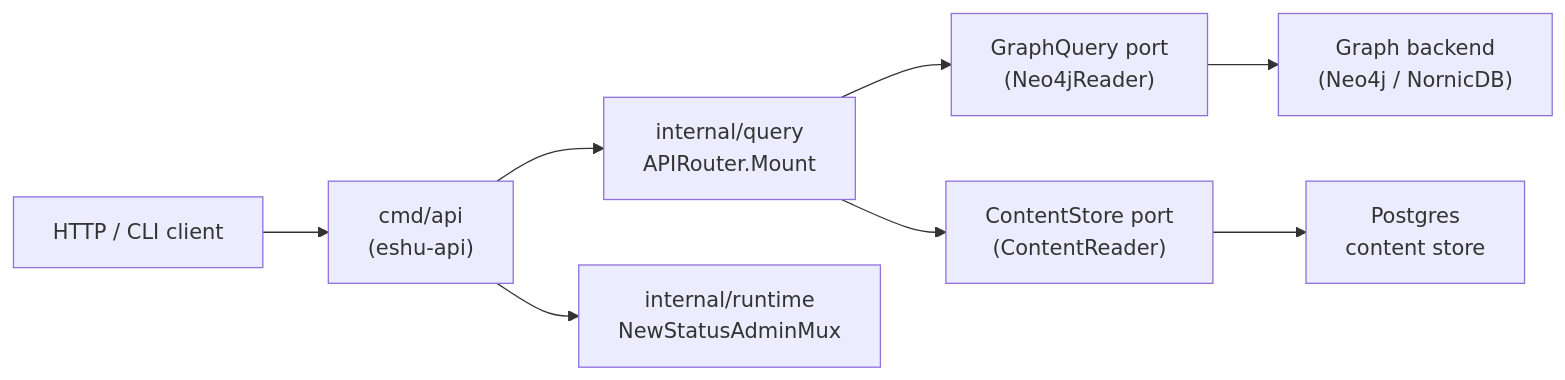
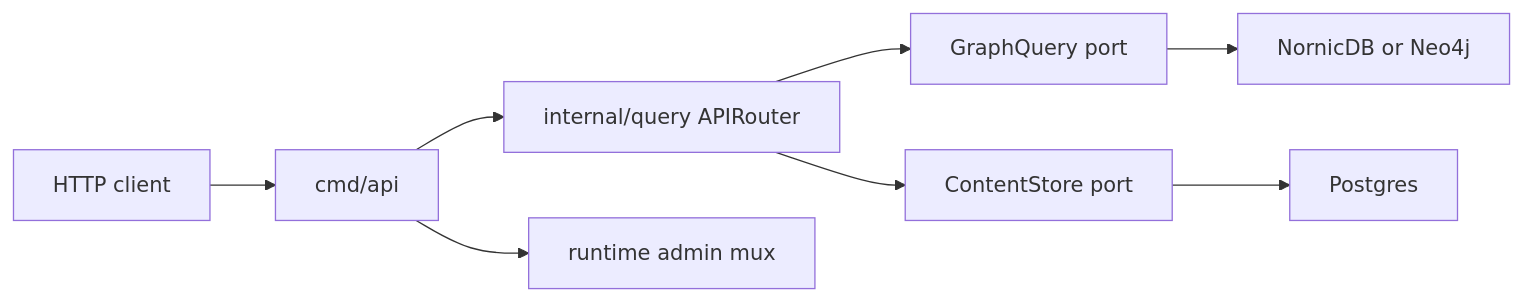
Before and after one commit to eshu-hq/eshu: the diagram in go/cmd/api/README.md, drawn with Mermaid. The commit also changed other lines of this file and 29 other files, not shown here.

````diff
--- a/go/cmd/api/README.md
+++ b/go/cmd/api/README.md
@@ -13,10 +17,10 @@
 ```mermaid
 flowchart LR
-  Client["HTTP / CLI client"] --> API["cmd/api\n(eshu-api)"]
-  API --> QH["internal/query\nAPIRouter.Mount"]
-  QH --> GQ["GraphQuery port\n(Neo4jReader)"]
-  QH --> CS["ContentStore port\n(ContentReader)"]
-  GQ --> Graph["Graph backend\n(Neo4j / NornicDB)"]
-  CS --> PG["Postgres\ncontent store"]
-  API --> Admin["internal/runtime\nNewStatusAdminMux"]
+  Client["HTTP client"] --> API["cmd/api"]
+  API --> Router["internal/query APIRouter"]
+  Router --> Graph["GraphQuery port"]
+  Router --> Content["ContentStore port"]
+  API --> Admin["runtime admin mux"]
+  Graph --> Backend["NornicDB or Neo4j"]
+  Content --> PG["Postgres"]
 ```
````
